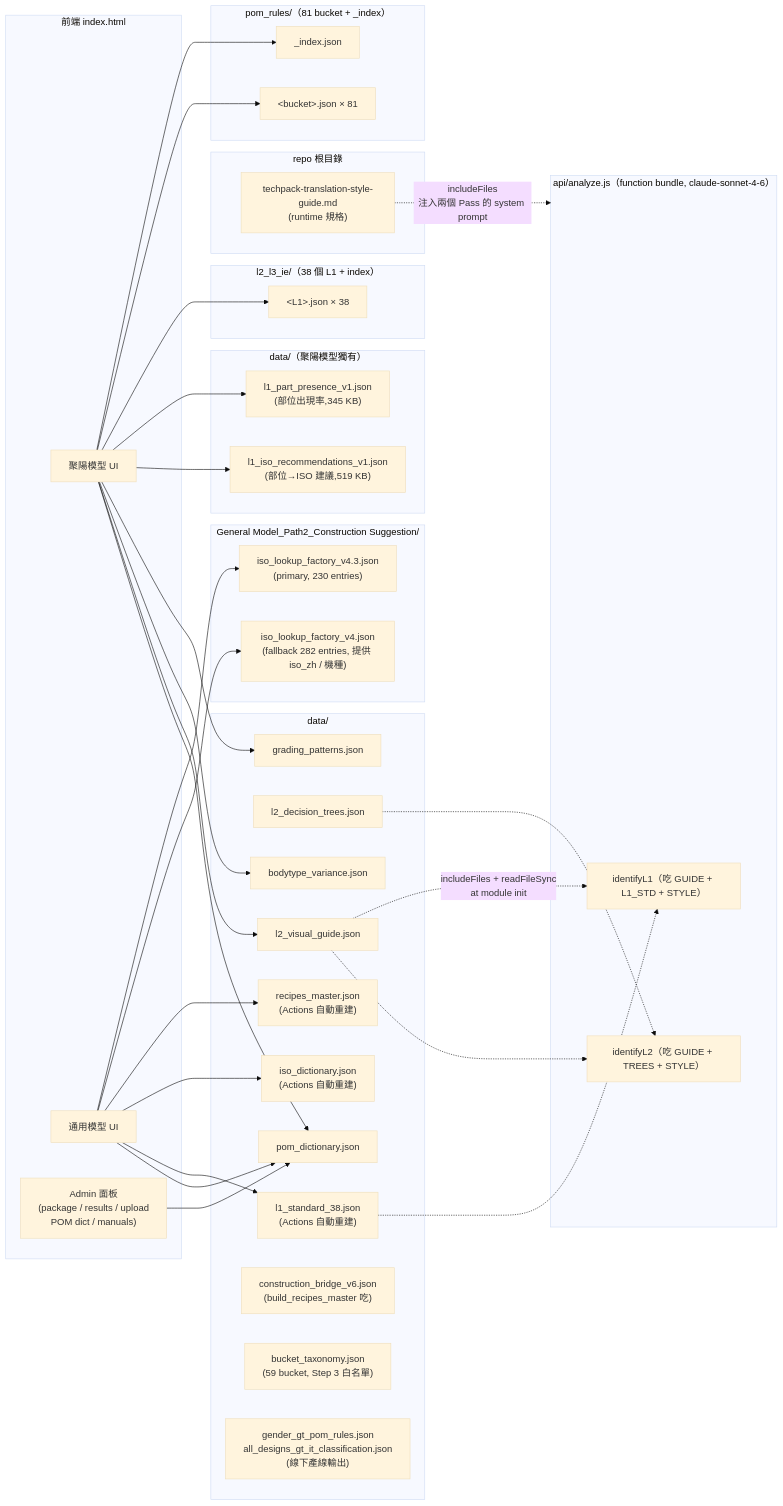
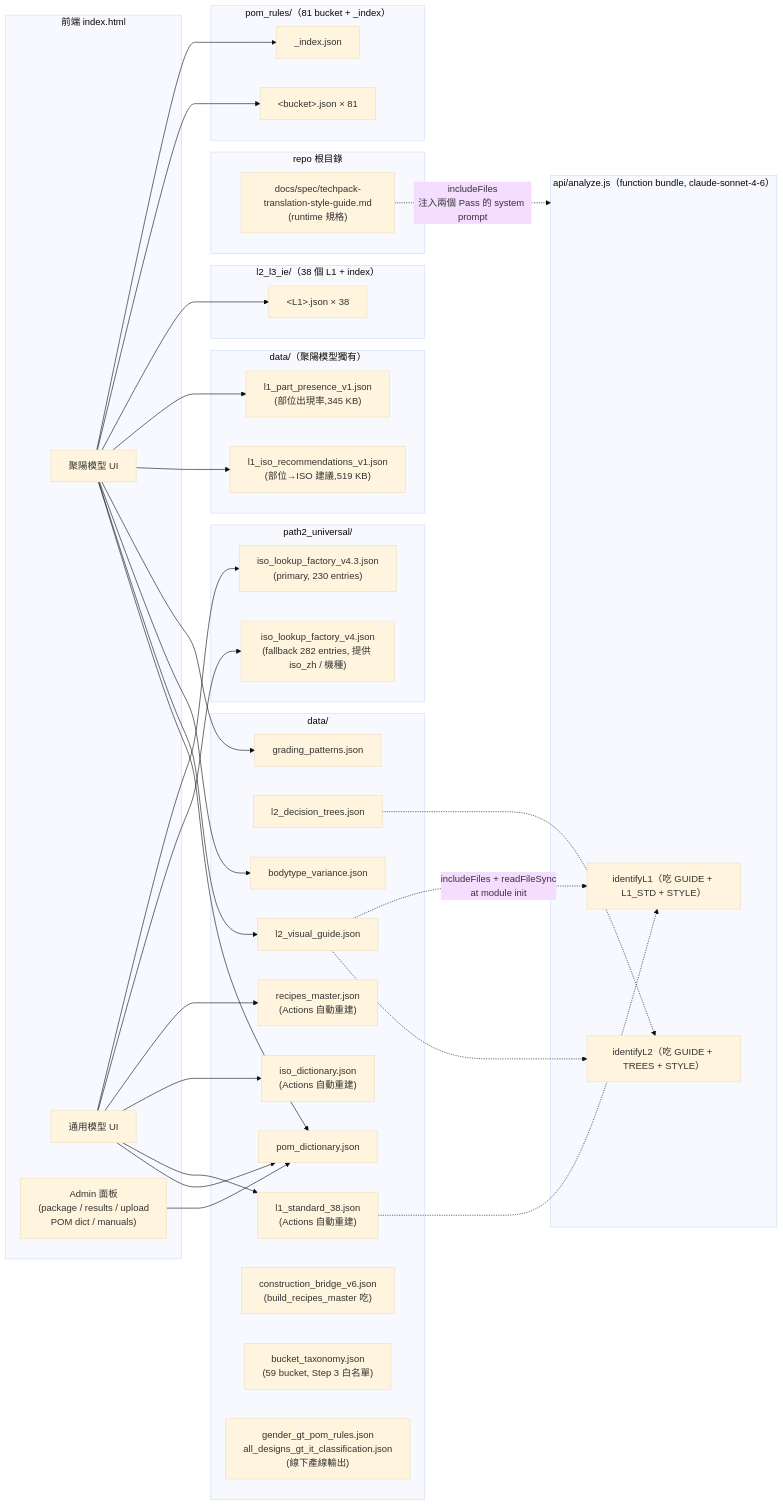
One commit to ellyfd/stytrix-techpack changed the third of 4 diagrams in docs/spec/網站架構圖.md. Above: the diagram before and after it, drawn with Mermaid (base theme). The commit also changed other lines of this file and 4 other files, not shown here.

````diff
--- a/docs/spec/網站架構圖.md
+++ b/docs/spec/網站架構圖.md
@@ -100,81 +100,81 @@
 ```mermaid
 flowchart LR
   subgraph Front["前端 index.html"]
     FE_make["聚陽模型 UI"]
     FE_uni["通用模型 UI"]
     FE_admin["Admin 面板<br/>(package / results / upload<br/>POM dict / manuals)"]
   end
 
   subgraph Fn["api/analyze.js（function bundle, claude-sonnet-4-6）"]
     FN_pass1["identifyL1（吃 GUIDE + L1_STD + STYLE）"]
     FN_pass2["identifyL2（吃 GUIDE + TREES + STYLE）"]
   end
 
   subgraph DataDir["data/"]
     D_guide["l2_visual_guide.json"]
     D_trees["l2_decision_trees.json"]
     D_grading["grading_patterns.json"]
     D_bodyvar["bodytype_variance.json"]
     D_pomdict["pom_dictionary.json"]
     D_recipes["recipes_master.json<br/>(Actions 自動重建)"]
     D_isodict["iso_dictionary.json<br/>(Actions 自動重建)"]
     D_l1std["l1_standard_38.json<br/>(Actions 自動重建)"]
     D_bridge["construction_bridge_v6.json<br/>(build_recipes_master 吃)"]
     D_taxonomy["bucket_taxonomy.json<br/>(59 bucket, Step 3 白名單)"]
     D_gender["gender_gt_pom_rules.json<br/>all_designs_gt_it_classification.json<br/>(線下產線輸出)"]
   end
 
   subgraph PomRules["pom_rules/（81 bucket + _index）"]
     P_index["_index.json"]
     P_files["&lt;bucket&gt;.json × 81"]
   end
 
   subgraph IE["l2_l3_ie/（38 個 L1 + index）"]
     IE_files["&lt;L1&gt;.json × 38"]
   end
 
-  subgraph Path2["General Model_Path2_Construction Suggestion/"]
+  subgraph Path2["path2_universal/"]
     G_v43["iso_lookup_factory_v4.3.json<br/>(primary, 230 entries)"]
     G_v4["iso_lookup_factory_v4.json<br/>(fallback 282 entries, 提供 iso_zh / 機種)"]
   end
 
   subgraph Root["repo 根目錄"]
-    R_style["techpack-translation-style-guide.md<br/>(runtime 規格)"]
+    R_style["docs/spec/techpack-translation-style-guide.md<br/>(runtime 規格)"]
   end
 
   subgraph DataL1["data/（聚陽模型獨有）"]
     R_pres["l1_part_presence_v1.json<br/>(部位出現率,345 KB)"]
     R_iso["l1_iso_recommendations_v1.json<br/>(部位→ISO 建議,519 KB)"]
   end
 
   %% function bundle (compile-time include)
   D_guide -. "includeFiles + readFileSync<br/>at module init" .-> FN_pass1
   D_l1std -.-> FN_pass1
   D_guide -.-> FN_pass2
   D_trees -.-> FN_pass2
   R_style -. "includeFiles<br/>注入兩個 Pass 的 system prompt" .-> Fn
 
   %% 聚陽模型 runtime fetch
   FE_make --> P_index
   FE_make --> P_files
   FE_make --> IE_files
   FE_make --> R_pres
   FE_make --> R_iso
   FE_make --> D_grading
   FE_make --> D_bodyvar
   FE_make --> D_guide
 
   %% 通用模型 runtime fetch
   FE_uni --> G_v43
   FE_uni --> G_v4
   FE_uni --> D_recipes
   FE_uni --> D_isodict
   FE_uni --> D_l1std
 
   %% 共用
   FE_make --> D_pomdict
   FE_uni --> D_pomdict
 
   %% admin
   FE_admin --> D_pomdict
 ```
````
